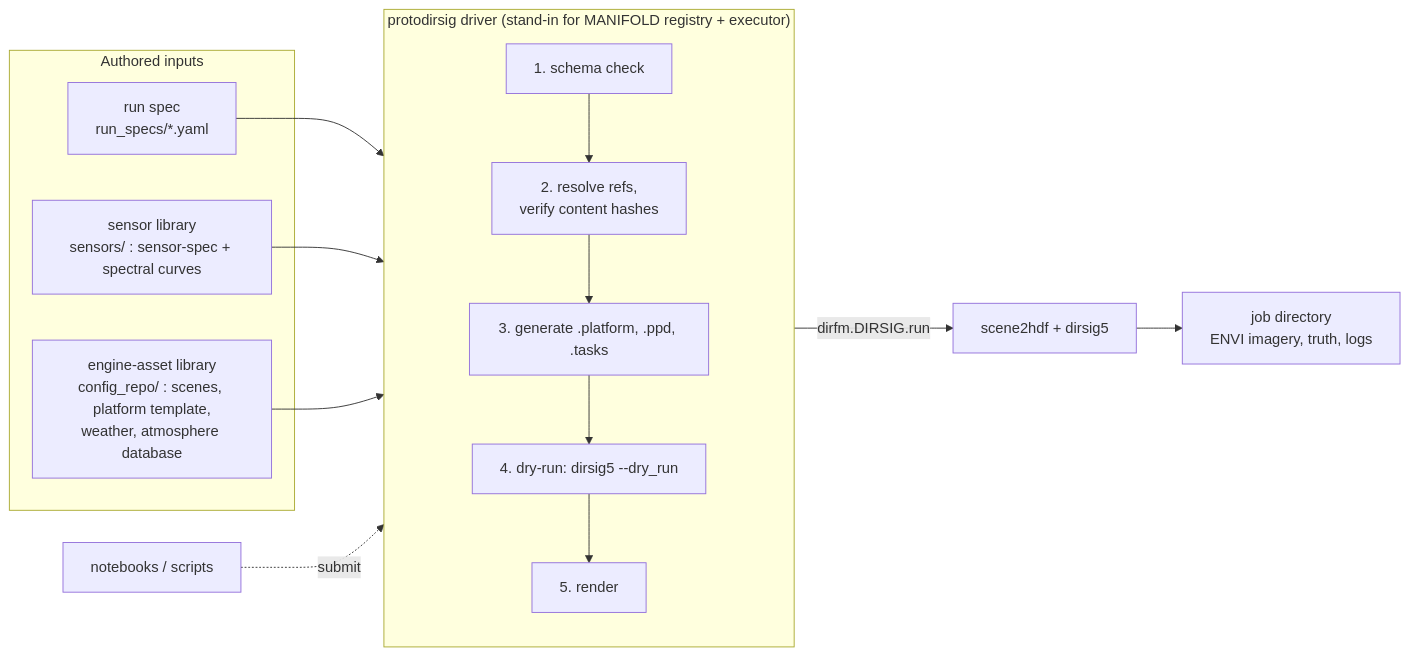
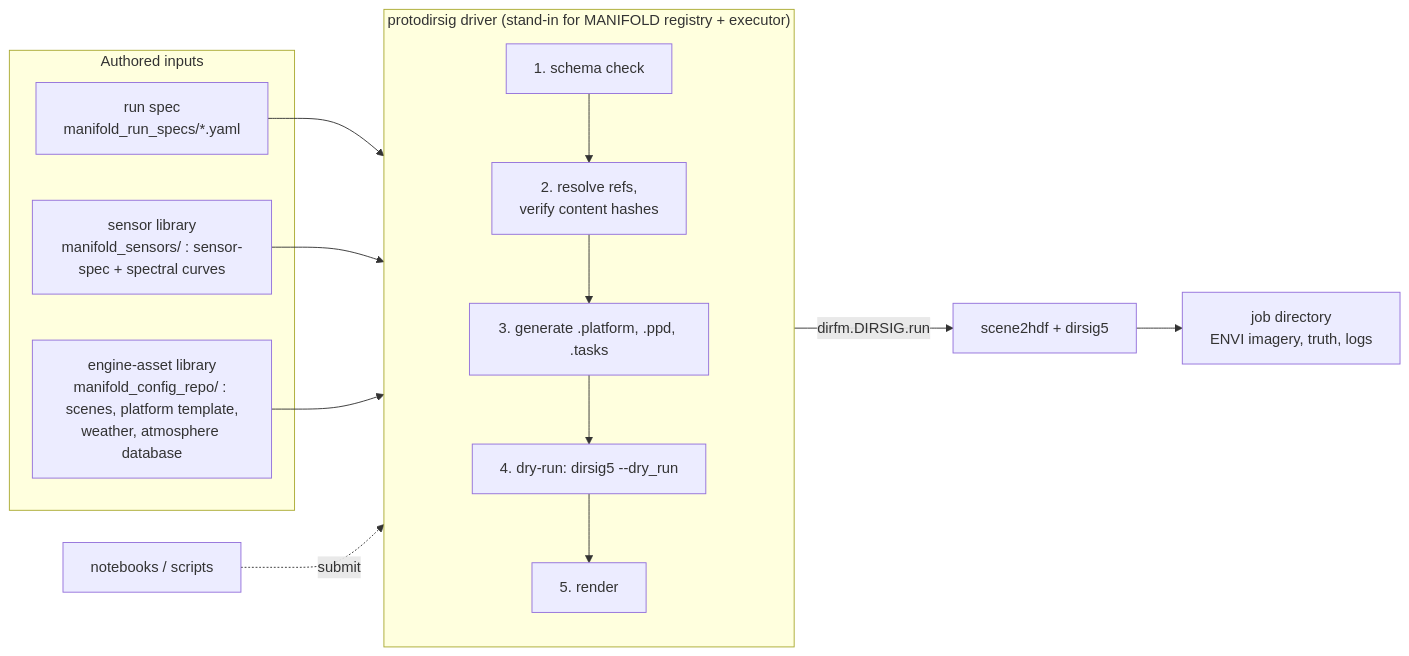
Before and after one commit to KevinKearney/protoDIRSIG: the first of 2 diagrams in docs/MANIFOLD_DIRSIG_CONOPS_and_Guide.md, drawn with Mermaid. The commit also changed other lines of this file and 64 other files, not shown here.

First line of the commit message:
Prefix repo-bound folders with manifold_

````diff
--- a/docs/MANIFOLD_DIRSIG_CONOPS_and_Guide.md
+++ b/docs/MANIFOLD_DIRSIG_CONOPS_and_Guide.md
@@ -20,21 +20,21 @@
 ```mermaid
 flowchart LR
   subgraph AUTH["Authored inputs"]
-    RS["run spec<br/>run_specs/*.yaml"]
-    SL["sensor library<br/>sensors/ : sensor-spec + spectral curves"]
-    CR["engine-asset library<br/>config_repo/ : scenes, platform template,<br/>weather, atmosphere database"]
+    RS["run spec<br/>manifold_run_specs/*.yaml"]
+    SL["sensor library<br/>manifold_sensors/ : sensor-spec + spectral curves"]
+    CR["engine-asset library<br/>manifold_config_repo/ : scenes, platform template,<br/>weather, atmosphere database"]
   end
   subgraph DRV["protodirsig driver (stand-in for MANIFOLD registry + executor)"]
     direction TB
     A["1. schema check"] --> B["2. resolve refs,<br/>verify content hashes"]
     B --> C["3. generate .platform, .ppd, .tasks"]
     C --> D["4. dry-run: dirsig5 --dry_run"]
     D --> E["5. render"]
   end
   RS --> A
   SL --> B
   CR --> B
   E -->|"dirfm.DIRSIG.run"| DS["scene2hdf + dirsig5"]
   DS --> OUT["job directory<br/>ENVI imagery, truth, logs"]
   NB["notebooks / scripts"] -.->|"submit"| A
 ```
````
